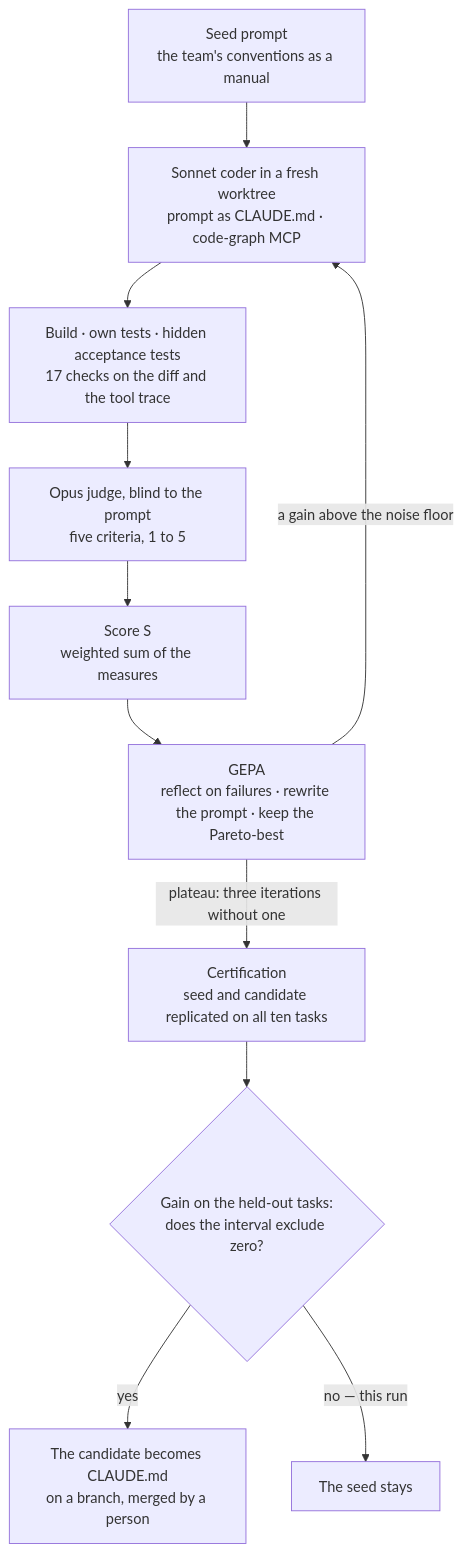
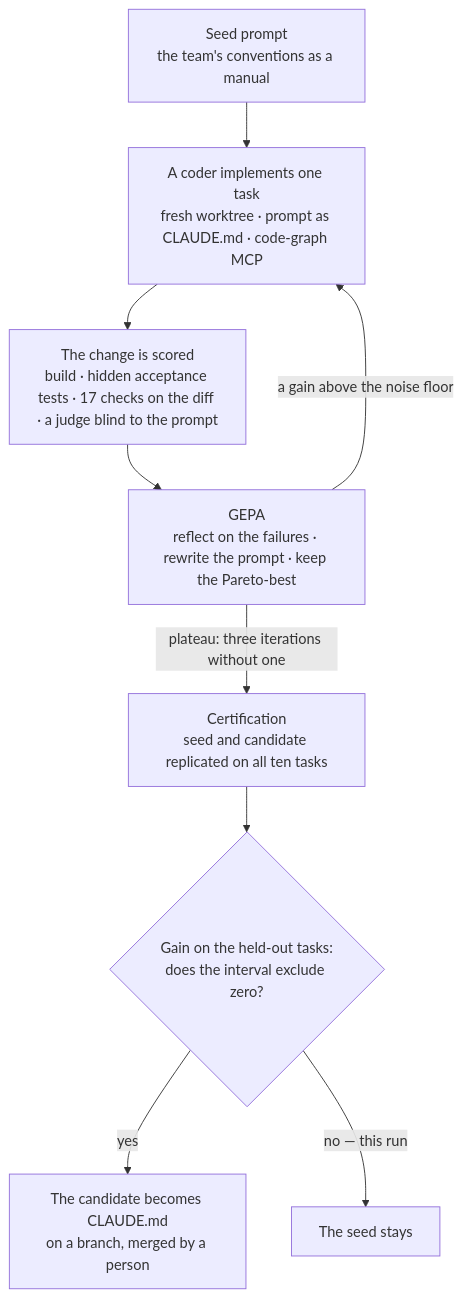
One commit to Check-It-Out-Dev/graph-theory-system-modeling changed the diagram in docs/PROMPT-UNDER-TEST.md. Above: the diagram before and after it, drawn with Mermaid.

Commit message:
The prompt report's pipeline chart fits a screen

````diff
--- a/docs/PROMPT-UNDER-TEST.md
+++ b/docs/PROMPT-UNDER-TEST.md
@@ -31,13 +31,11 @@
 ```mermaid
 flowchart TB
-    SEED["Seed prompt<br/>the team's conventions as a manual"] --> RUN["Sonnet coder in a fresh worktree<br/>prompt as CLAUDE.md · code-graph MCP"]
-    RUN --> CHECKS["Build · own tests · hidden acceptance tests<br/>17 checks on the diff and the tool trace"]
-    CHECKS --> JUDGE["Opus judge, blind to the prompt<br/>five criteria, 1 to 5"]
-    JUDGE --> SCORE["Score S<br/>weighted sum of the measures"]
-    SCORE --> GEPA["GEPA<br/>reflect on failures · rewrite the prompt · keep the Pareto-best"]
+    SEED["Seed prompt<br/>the team's conventions as a manual"] --> RUN["A coder implements one task<br/>fresh worktree · prompt as CLAUDE.md · code-graph MCP"]
+    RUN --> SCORE["The change is scored<br/>build · hidden acceptance tests · 17 checks on the diff · a judge blind to the prompt"]
+    SCORE --> GEPA["GEPA<br/>reflect on the failures · rewrite the prompt · keep the Pareto-best"]
     GEPA -->|"a gain above the noise floor"| RUN
     GEPA -->|"plateau: three iterations without one"| CERT["Certification<br/>seed and candidate replicated on all ten tasks"]
     CERT --> V{"Gain on the held-out tasks:<br/>does the interval exclude zero?"}
     V -->|"yes"| PROMOTE["The candidate becomes CLAUDE.md<br/>on a branch, merged by a person"]
     V -->|"no — this run"| KEEP["The seed stays"]
 ```
````
